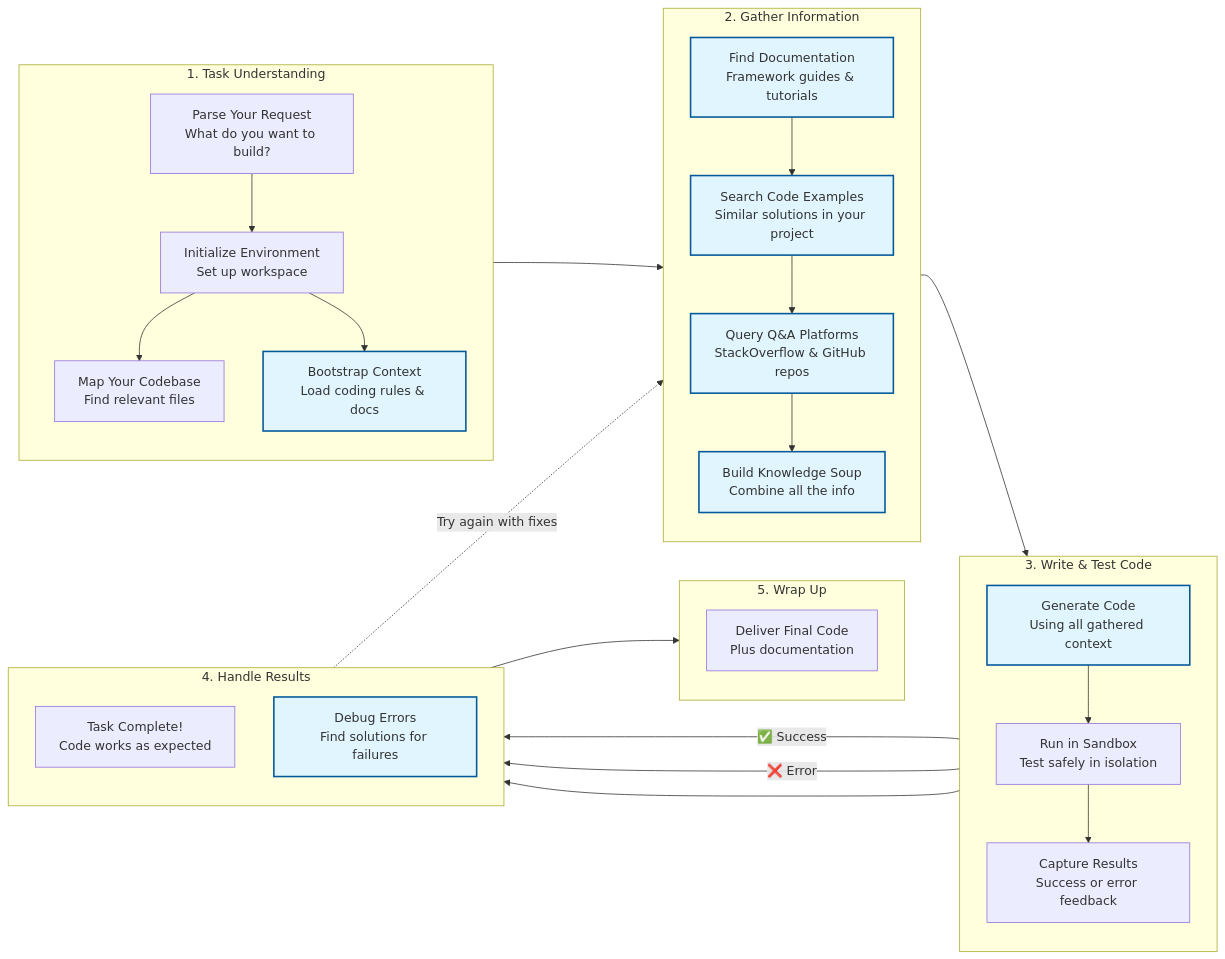
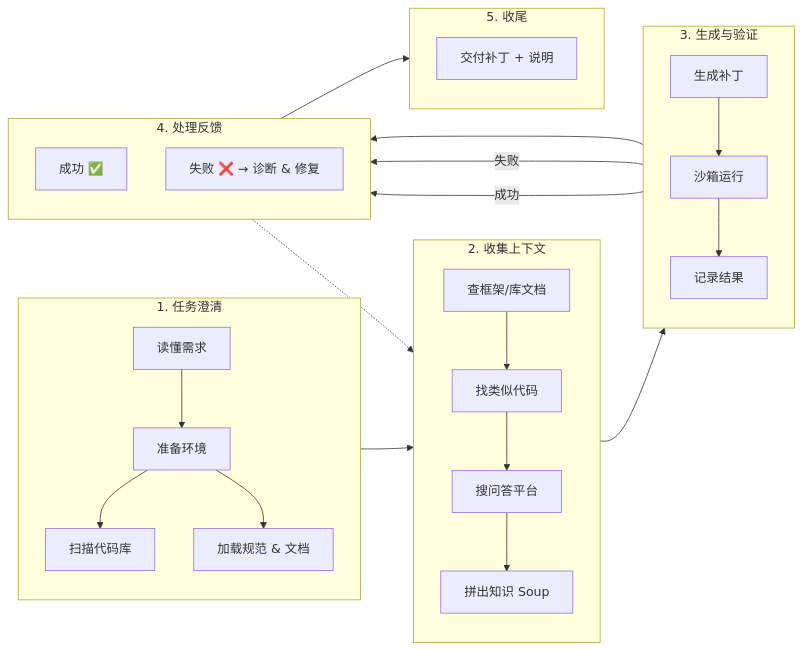
One commit to PsiACE/psiace changed the diagram in content/posts/2025-06-18-rag-in-coding-agent/index.zh.md. Above: the diagram before and after it, drawn with Mermaid. The commit also changed other lines of this file and 10 other files, not shown here.

````diff
--- a/content/posts/2025-06-18-rag-in-coding-agent/index.zh.md
+++ b/content/posts/2025-06-18-rag-in-coding-agent/index.zh.md
@@ -131,48 +28,37 @@
 ```mermaid
 graph LR
-   subgraph TaskInit ["1. Task Understanding"]
+   subgraph TaskInit [1. 任务澄清]
        direction TB
-       A["Parse Your Request<br/>What do you want to build?"]
-       A --> B["Initialize Environment<br/>Set up workspace"]
-       B --> C["Map Your Codebase<br/>Find relevant files"]
-       B --> D["Bootstrap Context<br/>Load coding rules & docs"]
+       A[读懂需求] --> B[准备环境]
+       B --> C[扫描代码库]
+       B --> D[加载规范 & 文档]
    end
 
-   subgraph ContextBuild ["2. Gather Information"]
+   subgraph ContextBuild [2. 收集上下文]
        direction TB
-       E["Find Documentation<br/>Framework guides & tutorials"]
-       E --> F["Search Code Examples<br/>Similar solutions in your project"]
-       F --> G["Query Q&A Platforms<br/>StackOverflow & GitHub repos"]
-       G --> H["Build Knowledge Soup<br/>Combine all the info"]
+       E[查框架/库文档]
+       E --> F[找类似代码]
+       F --> G[搜问答平台]
+       G --> H[拼出知识 Soup]
    end
 
-   subgraph CodeWork ["3. Write & Test Code"]
+   subgraph CodeWork [3. 生成与验证]
        direction TB
-       I["Generate Code<br/>Using all gathered context"]
-       I --> J["Run in Sandbox<br/>Test safely in isolation"]
-       J --> K["Capture Results<br/>Success or error feedback"]
+       I[生成补丁] --> J[沙箱运行]
+       J --> K[记录结果]
    end
 
-   subgraph HandleFeedback ["4. Handle Results"]
+   subgraph HandleFeedback [4. 处理反馈]
        direction TB
-       L["Task Complete!<br/>Code works as expected"]
-       M["Debug Errors<br/>Find solutions for failures"]
+       L[成功 ✅]
+       M[失败 ❌ → 诊断 & 修复]
    end
 
-   subgraph Finish ["5. Wrap Up"]
-       direction TB
-       N["Deliver Final Code<br/>Plus documentation"]
+   subgraph Finish [5. 收尾]
+       N[交付补丁 + 说明]
    end
 
-   %% Main flow connections
-   TaskInit --> ContextBuild
-   ContextBuild --> CodeWork
-   CodeWork --> HandleFeedback
-   K -->|"✅ Success"| L
-   K -->|"❌ Error"| M
-   M -.->|"Try again with fixes"| ContextBuild
-   L --> Finish
-
-   classDef ragStyle fill:#e1f5fe,stroke:#01579b,stroke-width:2px
-   class D,E,F,G,H,I,M ragStyle
+   TaskInit --> ContextBuild --> CodeWork --> HandleFeedback
+   K -->|成功| L --> Finish
+   K -->|失败| M -.-> ContextBuild
 ```
````
